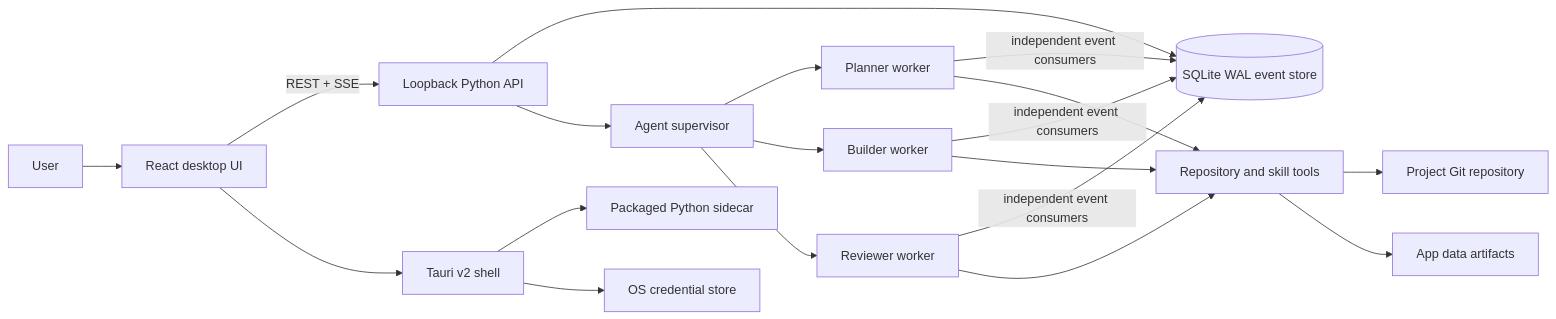
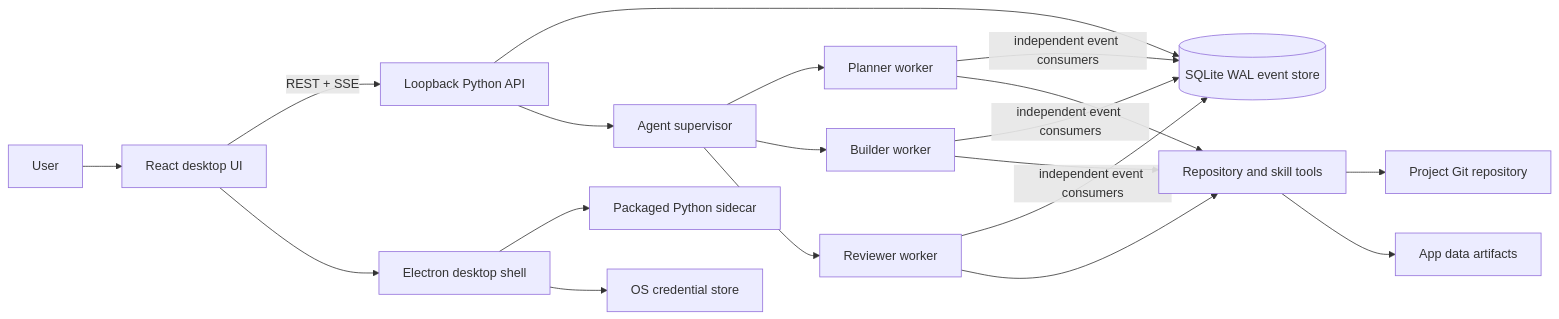
Before and after one commit to Diagramotion/Tribe: the diagram in docs/runtime-foundation.md, drawn with Mermaid. The commit also changed other lines of this file and 52 other files, not shown here.

First line of the commit message:
Ship Electron desktop and workspace MCP servers (#39)

````diff
--- a/docs/runtime-foundation.md
+++ b/docs/runtime-foundation.md
@@ -5,17 +5,17 @@
 ```mermaid
 flowchart LR
   User[User] --> UI[React desktop UI]
   UI -->|REST + SSE| API[Loopback Python API]
   API --> Store[(SQLite WAL event store)]
   API --> Supervisor[Agent supervisor]
   Supervisor --> W1[Planner worker]
   Supervisor --> W2[Builder worker]
   Supervisor --> W3[Reviewer worker]
   W1 & W2 & W3 -->|independent event consumers| Store
   W1 & W2 & W3 --> Tools[Repository and skill tools]
   Tools --> Repo[Project Git repository]
   Tools --> Artifacts[App data artifacts]
-  UI --> Shell[Tauri v2 shell]
+  UI --> Shell[Electron desktop shell]
   Shell --> Sidecar[Packaged Python sidecar]
   Shell --> Keychain[OS credential store]
 ```
````
